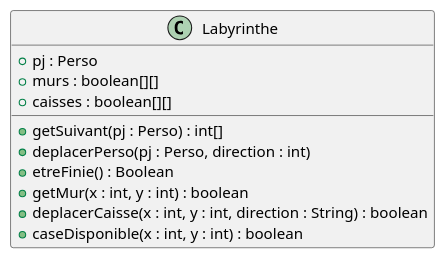
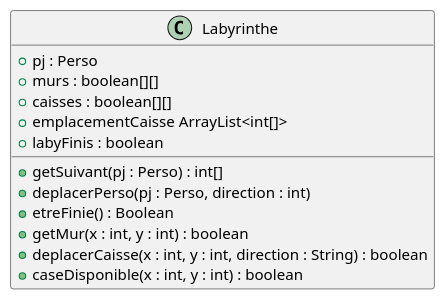
One commit to Flotss/Zeldiablo changed the diagram in documents/version_3/Modification du diagramme de classe de Labyrinthe.puml. Above: the diagram before and after it, drawn with PlantUML. The commit also changed 1 other file, not shown here.

Commit message:
correctif diagramme de sequence

```diff
--- a/documents/version_3/Modification du diagramme de classe de Labyrinthe.puml
+++ b/documents/version_3/Modification du diagramme de classe de Labyrinthe.puml
@@ -1,18 +1,20 @@
 @startuml
 'https://plantuml.com/class-diagram
 
 class Labyrinthe{
     + pj : Perso
     + murs : boolean[][]
     + caisses : boolean[][]
+    + emplacementCaisse ArrayList<int[]>
+    + labyFinis : boolean
     + getSuivant(pj : Perso) : int[]
     + deplacerPerso(pj : Perso, direction : int)
     + etreFinie() : Boolean
     + getMur(x : int, y : int) : boolean
     + deplacerCaisse(x : int, y : int, direction : String) : boolean
     + caseDisponible(x : int, y : int) : boolean
 }
 
 
 
 @enduml
```
